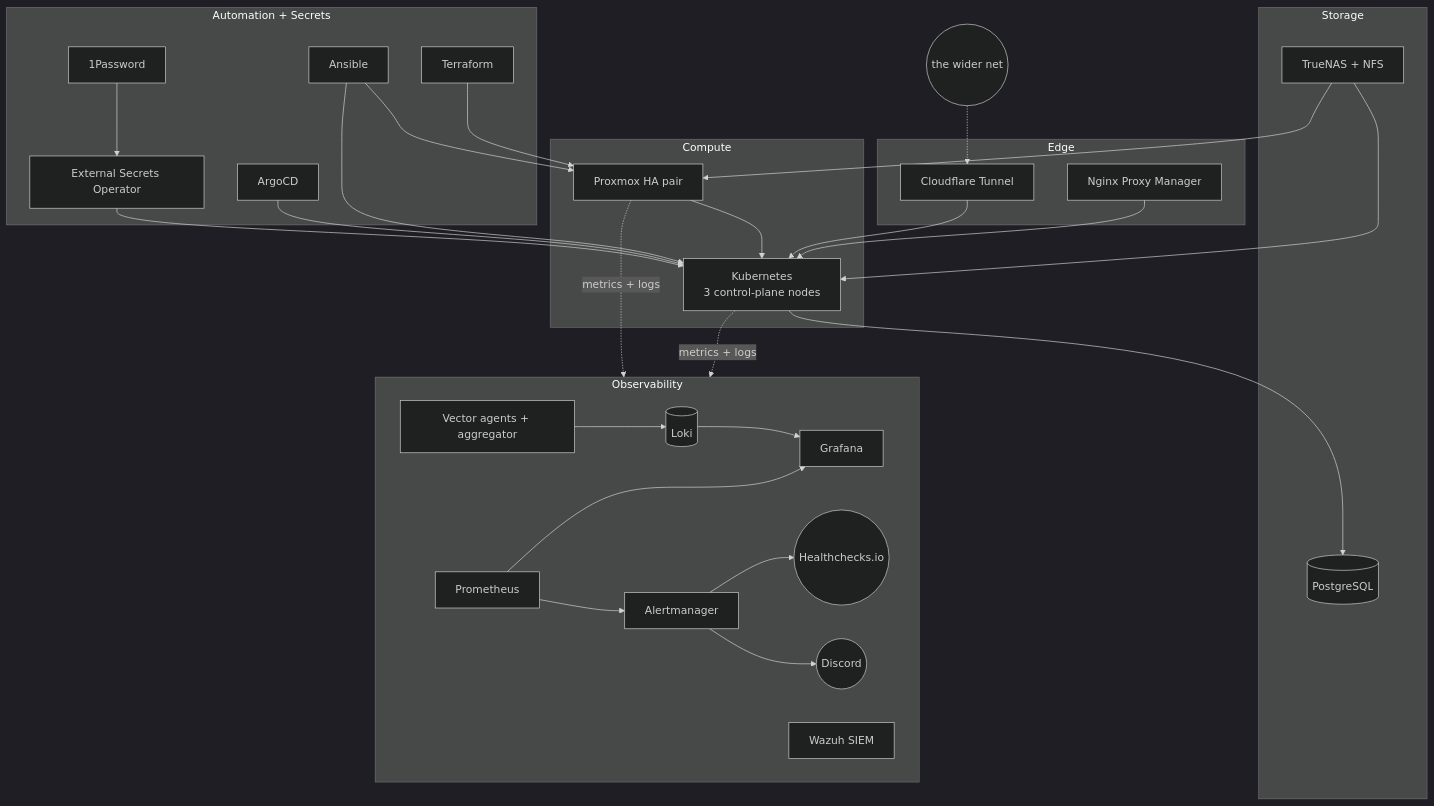
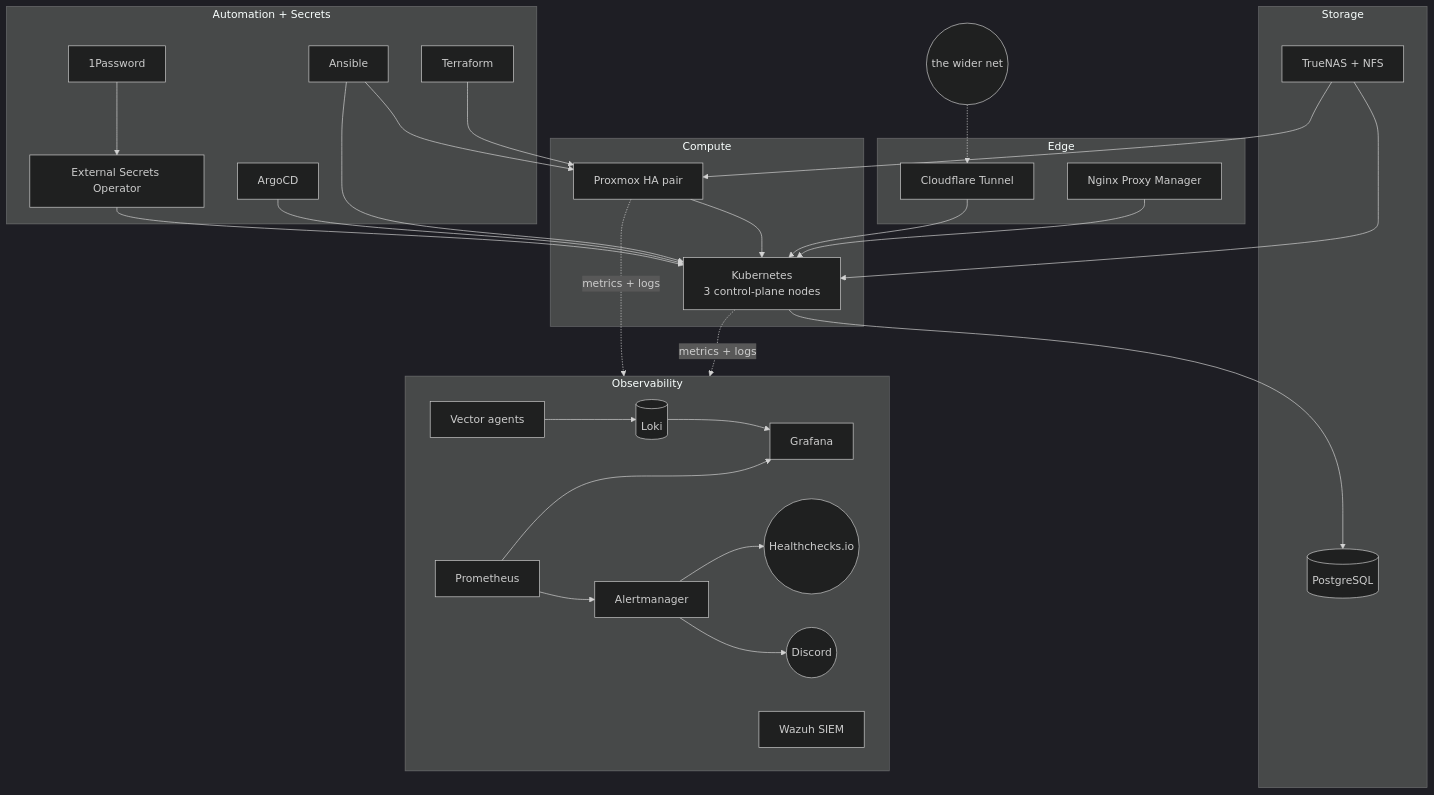
Before and after one commit to mithr4ndir/quasarlab-portfolio: the diagram in README.md, drawn with Mermaid (dark theme). The commit also changed other lines of this file and 3 other files, not shown here.

````diff
--- a/README.md
+++ b/README.md
@@ -68,50 +69,50 @@
 ```mermaid
 flowchart TB
     Internet(("the wider net")) -.-> CF
 
     subgraph Edge
       CF[Cloudflare Tunnel]
       NPM[Nginx Proxy Manager]
     end
 
     subgraph Compute
       PVE[Proxmox HA pair]
       K8S[Kubernetes<br/>3 control-plane nodes]
     end
 
     subgraph Storage
       TN[TrueNAS + NFS]
       PG[(PostgreSQL)]
     end
 
     subgraph Observability
       P[Prometheus] --> AM[Alertmanager]
-      V[Vector agents + aggregator] --> L[(Loki)]
+      V[Vector agents] --> L[(Loki)]
       L --> G[Grafana]
       P --> G
       W[Wazuh SIEM]
       AM --> HC((Healthchecks.io))
       AM --> D((Discord))
     end
 
     subgraph Automation["Automation + Secrets"]
       OP[1Password] --> ESO[External Secrets Operator]
       AR[ArgoCD]
       ANS[Ansible]
       TF[Terraform]
     end
 
     CF --> K8S
     NPM --> K8S
     PVE --> K8S
     TN --> K8S
     TN --> PVE
     K8S --> PG
     AR --> K8S
     ESO --> K8S
     ANS --> PVE
     ANS --> K8S
     TF --> PVE
     K8S -. metrics + logs .-> Observability
     PVE -. metrics + logs .-> Observability
 ```
````
